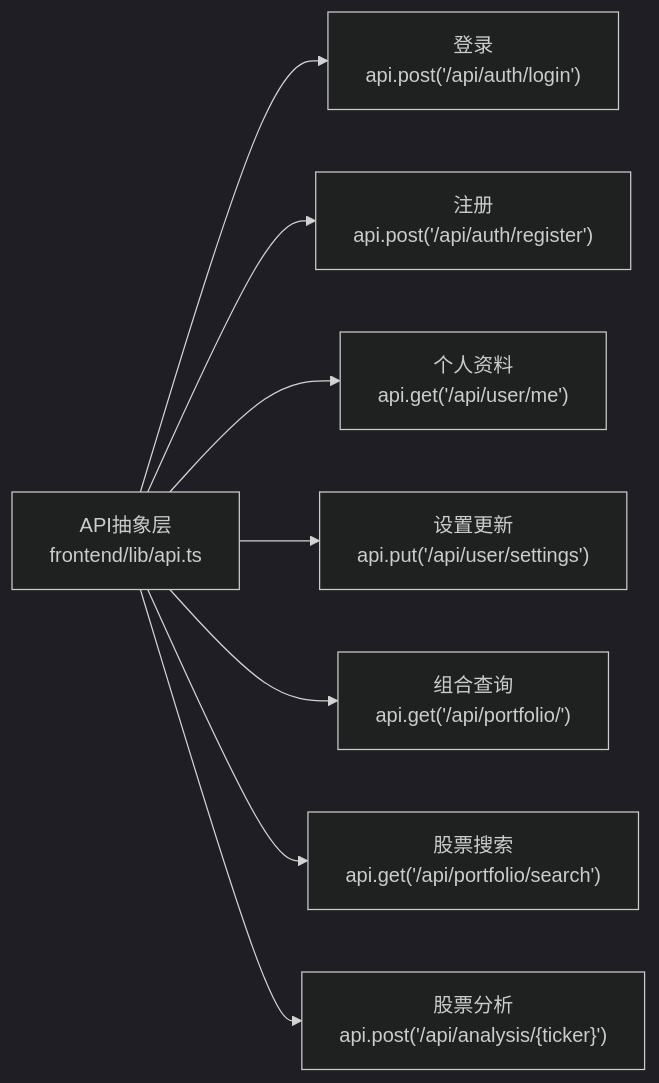
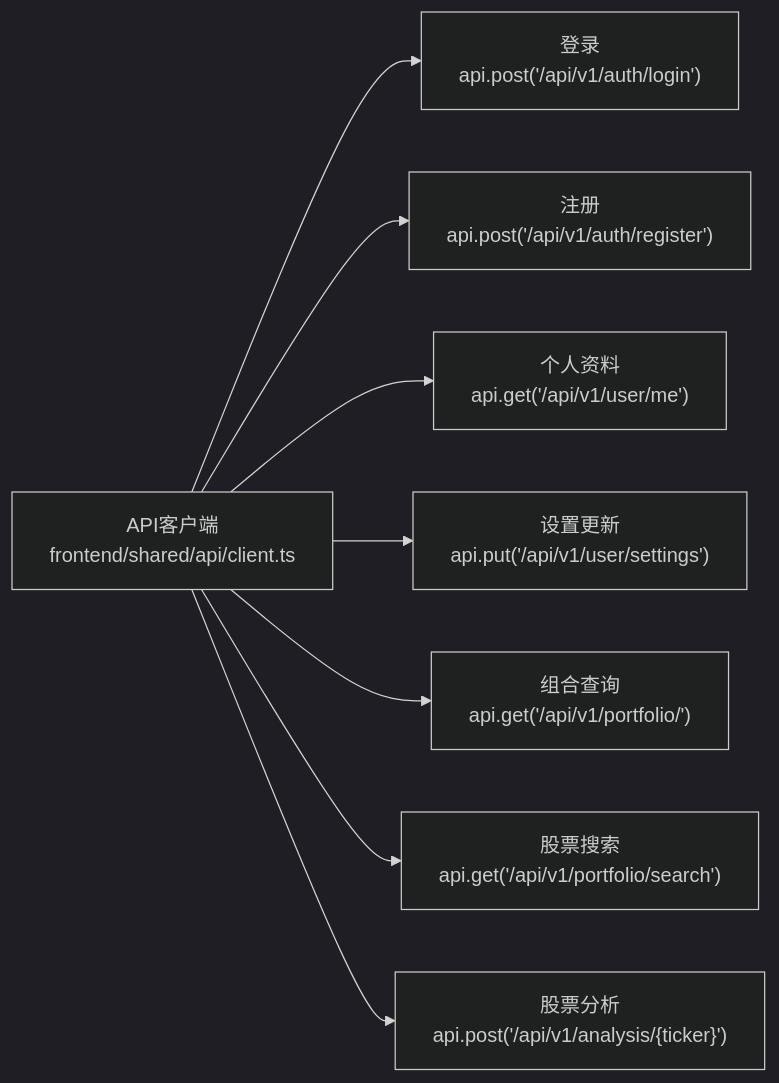
One commit to breeze-lyf/ai-stock-advisor changed the sixth of 8 diagrams in .qoder/repowiki/zh/content/前端开发指南/API集成模式.md. Above: the diagram before and after it, drawn with Mermaid (dark theme). The commit also changed other lines of this file and 52 other files, not shown here.

Commit message:
Remove Alpha Vantage provider, enhance Akshare with retry and forced proxy for reliable market data, and introduce user notification settings with corresponding database migrations and frontend updates.

````diff
--- a/.qoder/repowiki/zh/content/前端开发指南/API集成模式.md
+++ b/.qoder/repowiki/zh/content/前端开发指南/API集成模式.md
@@ -216,10 +284,10 @@
 ```mermaid
 graph LR
-API["API抽象层<br/>frontend/lib/api.ts"] --> Login["登录<br/>api.post('/api/auth/login')"]
-API --> Register["注册<br/>api.post('/api/auth/register')"]
-API --> Profile["个人资料<br/>api.get('/api/user/me')"]
-API --> Settings["设置更新<br/>api.put('/api/user/settings')"]
-API --> Portfolio["组合查询<br/>api.get('/api/portfolio/')"]
-API --> Search["股票搜索<br/>api.get('/api/portfolio/search')"]
-API --> Analyze["股票分析<br/>api.post('/api/analysis/{ticker}')"]
+API["API客户端<br/>frontend/shared/api/client.ts"] --> Login["登录<br/>api.post('/api/v1/auth/login')"]
+API --> Register["注册<br/>api.post('/api/v1/auth/register')"]
+API --> Profile["个人资料<br/>api.get('/api/v1/user/me')"]
+API --> Settings["设置更新<br/>api.put('/api/v1/user/settings')"]
+API --> Portfolio["组合查询<br/>api.get('/api/v1/portfolio/')"]
+API --> Search["股票搜索<br/>api.get('/api/v1/portfolio/search')"]
+API --> Analyze["股票分析<br/>api.post('/api/v1/analysis/{ticker}')"]
 ```
````
